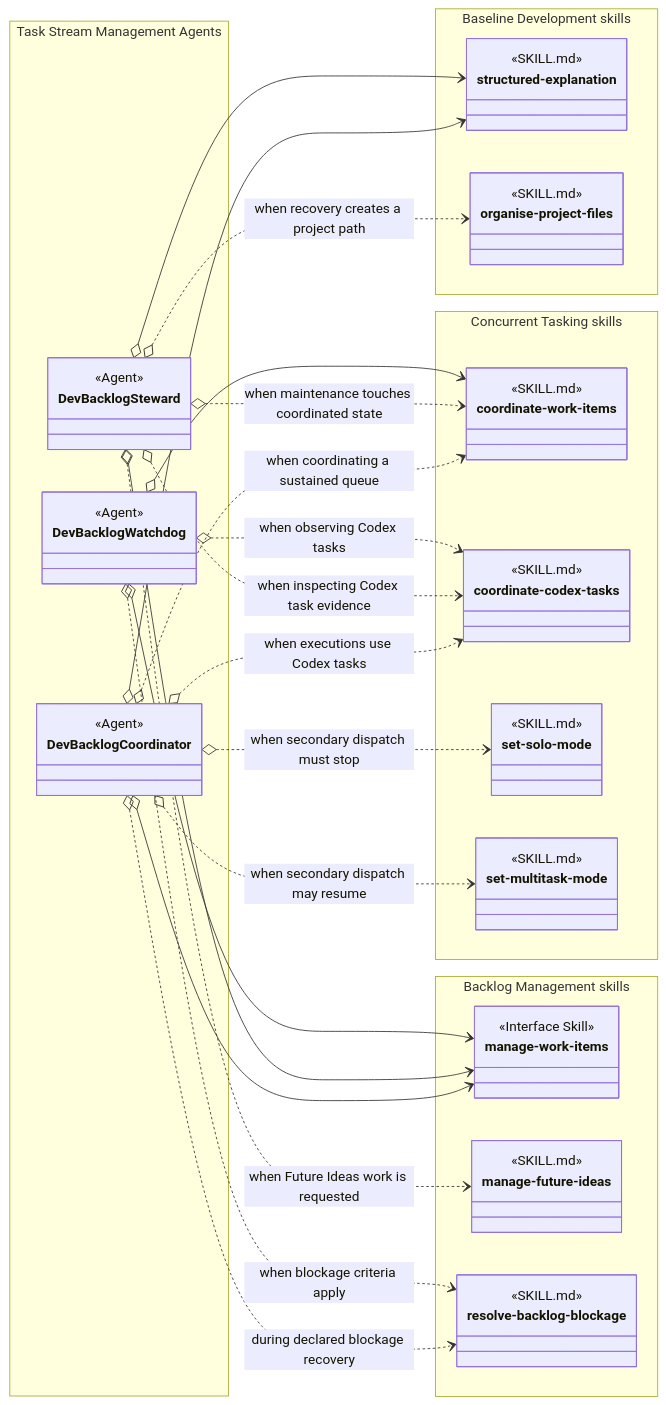
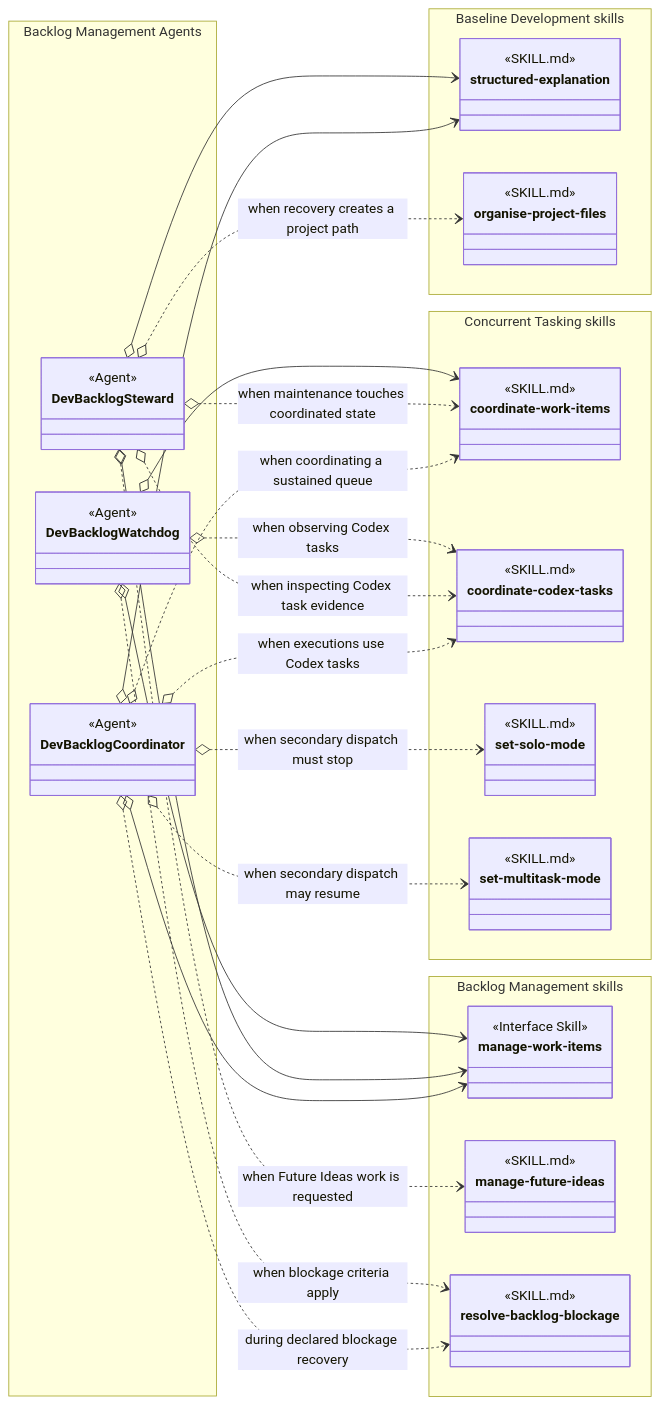
One commit to martinbechard/dev-methodology changed the third of 8 diagrams in design/skill-groups/concurrent-tasking.md. Above: the diagram before and after it, drawn with Mermaid. The commit also changed other lines of this file, not shown here.

Commit message:
Rename task management agent groups

````diff
--- a/design/skill-groups/concurrent-tasking.md
+++ b/design/skill-groups/concurrent-tasking.md
@@ -123,72 +123,72 @@
 ```mermaid
 classDiagram
     direction LR
 
-    namespace TaskStreamManagementAgents["Task Stream Management Agents"] {
+    namespace BacklogManagementAgents["Backlog Management Agents"] {
         class DevBacklogCoordinator {
             <<Agent>>
         }
         class DevBacklogSteward {
             <<Agent>>
         }
         class DevBacklogWatchdog {
             <<Agent>>
         }
     }
 
     namespace BacklogManagementSkills["Backlog Management skills"] {
         class ManageWorkItems["manage-work-items"] {
             <<Interface Skill>>
         }
         class manage-future-ideas {
             <<SKILL.md>>
         }
         class resolve-backlog-blockage {
             <<SKILL.md>>
         }
     }
 
     namespace ConcurrentTaskingSkills["Concurrent Tasking skills"] {
         class coordinate-work-items {
             <<SKILL.md>>
         }
         class coordinate-codex-tasks {
             <<SKILL.md>>
         }
         class set-solo-mode {
             <<SKILL.md>>
         }
         class set-multitask-mode {
             <<SKILL.md>>
         }
     }
 
     namespace BaselineDevelopmentSkills["Baseline Development skills"] {
         class structured-explanation {
             <<SKILL.md>>
         }
         class organise-project-files {
             <<SKILL.md>>
         }
     }
 
     DevBacklogCoordinator o--> ManageWorkItems
     DevBacklogCoordinator o--> structured-explanation
     DevBacklogCoordinator o..> coordinate-work-items : when coordinating a sustained queue
     DevBacklogCoordinator o..> coordinate-codex-tasks : when executions use Codex tasks
     DevBacklogCoordinator o..> resolve-backlog-blockage : during declared blockage recovery
     DevBacklogCoordinator o..> set-solo-mode : when secondary dispatch must stop
     DevBacklogCoordinator o..> set-multitask-mode : when secondary dispatch may resume
 
     DevBacklogSteward o--> ManageWorkItems
     DevBacklogSteward o--> structured-explanation
     DevBacklogSteward o..> coordinate-work-items : when maintenance touches coordinated state
     DevBacklogSteward o..> coordinate-codex-tasks : when inspecting Codex task evidence
     DevBacklogSteward o..> organise-project-files : when recovery creates a project path
     DevBacklogSteward o..> manage-future-ideas : when Future Ideas work is requested
 
     DevBacklogWatchdog o--> ManageWorkItems
     DevBacklogWatchdog o--> coordinate-work-items
     DevBacklogWatchdog o..> coordinate-codex-tasks : when observing Codex tasks
     DevBacklogWatchdog o..> resolve-backlog-blockage : when blockage criteria apply
 ```
````
